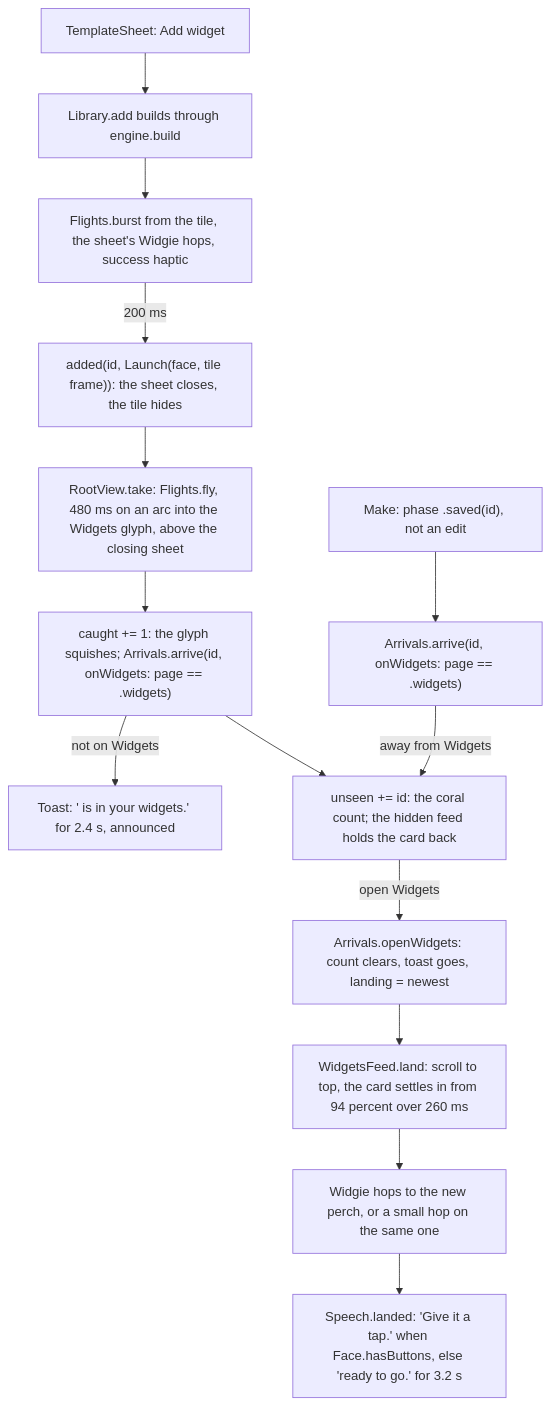
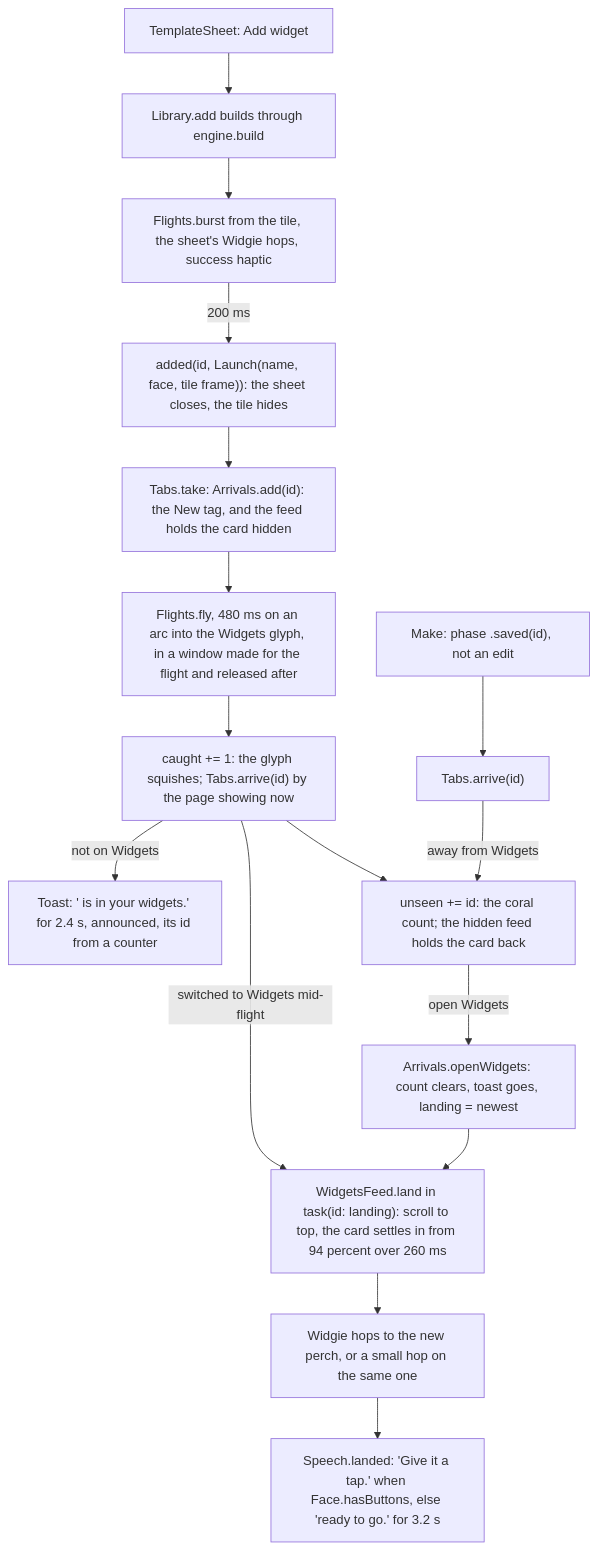
One commit to Krutik460/Widgie changed the third of 4 diagrams in docs/pr/17-app-shell-u1b.md. Above: the diagram before and after it, drawn with Mermaid. The commit also changed other lines of this file and 11 other files, not shown here.

````diff
--- a/docs/pr/17-app-shell-u1b.md
+++ b/docs/pr/17-app-shell-u1b.md
@@ -73,16 +73,18 @@
 ```mermaid
 flowchart TD
   ADD["TemplateSheet: Add widget"] --> BUILD["Library.add builds through engine.build"]
   BUILD --> CHEER["Flights.burst from the tile, the sheet's Widgie hops, success haptic"]
-  CHEER -->|"200 ms"| LAUNCH["added(id, Launch(face, tile frame)): the sheet closes, the tile hides"]
-  LAUNCH --> FLY["RootView.take: Flights.fly, 480 ms on an arc into the Widgets glyph, above the closing sheet"]
-  FLY --> CATCH["caught += 1: the glyph squishes; Arrivals.arrive(id, onWidgets: page == .widgets)"]
-  CATCH -->|"not on Widgets"| TOAST["Toast: '<name> is in your widgets.' for 2.4 s, announced"]
-  MAKE["Make: phase .saved(id), not an edit"] --> ARR["Arrivals.arrive(id, onWidgets: page == .widgets)"]
+  CHEER -->|"200 ms"| LAUNCH["added(id, Launch(name, face, tile frame)): the sheet closes, the tile hides"]
+  LAUNCH --> HOLD["Tabs.take: Arrivals.add(id): the New tag, and the feed holds the card hidden"]
+  HOLD --> FLY["Flights.fly, 480 ms on an arc into the Widgets glyph, in a window made for the flight and released after"]
+  FLY --> CATCH["caught += 1: the glyph squishes; Tabs.arrive(id) by the page showing now"]
+  CATCH -->|"not on Widgets"| TOAST["Toast: '<Launch.name> is in your widgets.' for 2.4 s, announced, its id from a counter"]
+  CATCH -->|"switched to Widgets mid-flight"| LAND
+  MAKE["Make: phase .saved(id), not an edit"] --> ARR["Tabs.arrive(id)"]
   CATCH --> BADGE
   ARR -->|"away from Widgets"| BADGE["unseen += id: the coral count; the hidden feed holds the card back"]
   BADGE -->|"open Widgets"| OPEN["Arrivals.openWidgets: count clears, toast goes, landing = newest"]
-  OPEN --> LAND["WidgetsFeed.land: scroll to top, the card settles in from 94 percent over 260 ms"]
+  OPEN --> LAND["WidgetsFeed.land in task(id: landing): scroll to top, the card settles in from 94 percent over 260 ms"]
   LAND --> REACT["Widgie hops to the new perch, or a small hop on the same one"]
   REACT --> SAY["Speech.landed: 'Give it a tap.' when Face.hasButtons, else 'ready to go.' for 3.2 s"]
 ```
````
